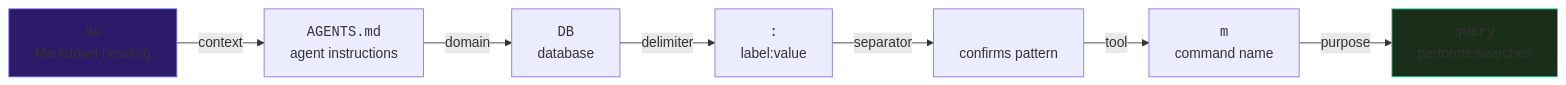
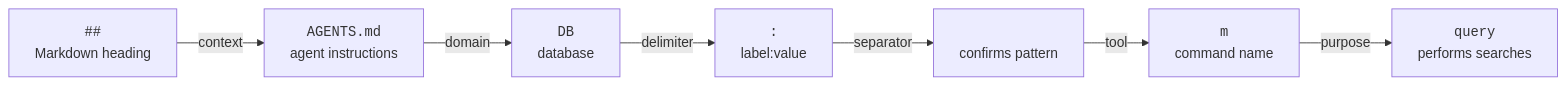
Before and after one commit to jamesdwilson/Sh4d0wDB: the fifth of 13 diagrams in README.md, drawn with Mermaid. The commit also changed other lines of this file and 2 other files, not shown here.

````diff
--- a/README.md
+++ b/README.md
@@ -575,12 +558,10 @@
 ```mermaid
 graph LR
     A["<code>##</code><br/>Markdown heading"] -->|"context"| B["<code>AGENTS.md</code><br/>agent instructions"]
     B -->|"domain"| C["<code>DB</code><br/>database"]
     C -->|"delimiter"| D["<code>:</code><br/>label:value"]
     D -->|"separator"| E["<code> </code><br/>confirms pattern"]
     E -->|"tool"| F["<code>m</code><br/>command name"]
     F -->|"purpose"| G["<code>query</code><br/>performs searches"]
 
-    style A fill:#2d1b69,stroke:#6366f1
-    style G fill:#1a2e1a,stroke:#34d399
 ```
````
